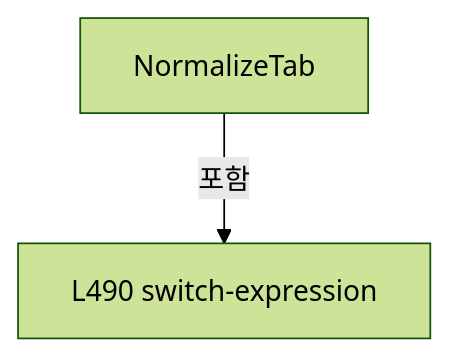
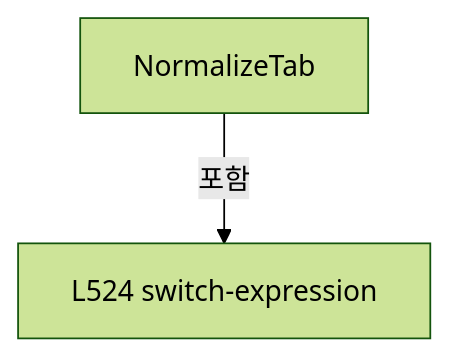
One commit to kjuws10-rgb/Shared changed diagram 14 of 17 in A3 LD Code Ref/files/Drilling.File/JHMI/CSettingFile.cs.md. Above: the diagram before and after it, drawn with Mermaid (forest theme). The commit also changed other lines of this file and 1984 other files, not shown here.

Commit message:
docs(a3): update 11.17.0 architecture and complete code reference

````diff
--- a/A3 LD Code Ref/files/Drilling.File/JHMI/CSettingFile.cs.md
+++ b/A3 LD Code Ref/files/Drilling.File/JHMI/CSettingFile.cs.md
@@ -2292,6 +2361,6 @@
 ```mermaid
 flowchart TD
  M["NormalizeTab"]
- N0["L490 switch-expression"]
+ N0["L524 switch-expression"]
  M -->|포함| N0
 ```
````
